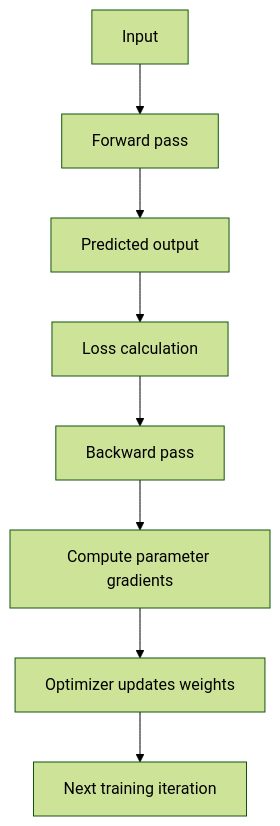
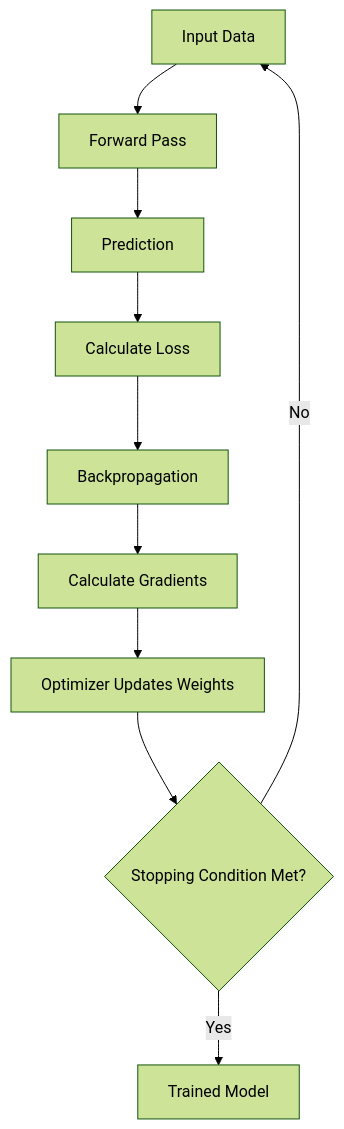
The second of 10 diagrams in 07_Vanishing Gradient Problem in ANN/README.md (swapnil3104/deep-learning-journey), drawn with Mermaid (forest theme) before and after one commit. The commit also changed other lines of this file and 1 other file, not shown here.

````diff
--- a/07_Vanishing Gradient Problem in ANN/README.md
+++ b/07_Vanishing Gradient Problem in ANN/README.md
@@ -195,10 +155,12 @@
 ``` mermaid
 flowchart TD
-    A[Input] --> B[Forward pass]
-    B --> C[Predicted output]
-    C --> D[Loss calculation]
-    D --> E[Backward pass]
-    E --> F[Compute parameter gradients]
-    F --> G[Optimizer updates weights]
-    G --> H[Next training iteration]
+    A["Input Data"] --> B["Forward Pass"]
+    B --> C["Prediction"]
+    C --> D["Calculate Loss"]
+    D --> E["Backpropagation"]
+    E --> F["Calculate Gradients"]
+    F --> G["Optimizer Updates Weights"]
+    G --> H{"Stopping Condition Met?"}
+    H -- "No" --> A
+    H -- "Yes" --> I["Trained Model"]
 ```
````
